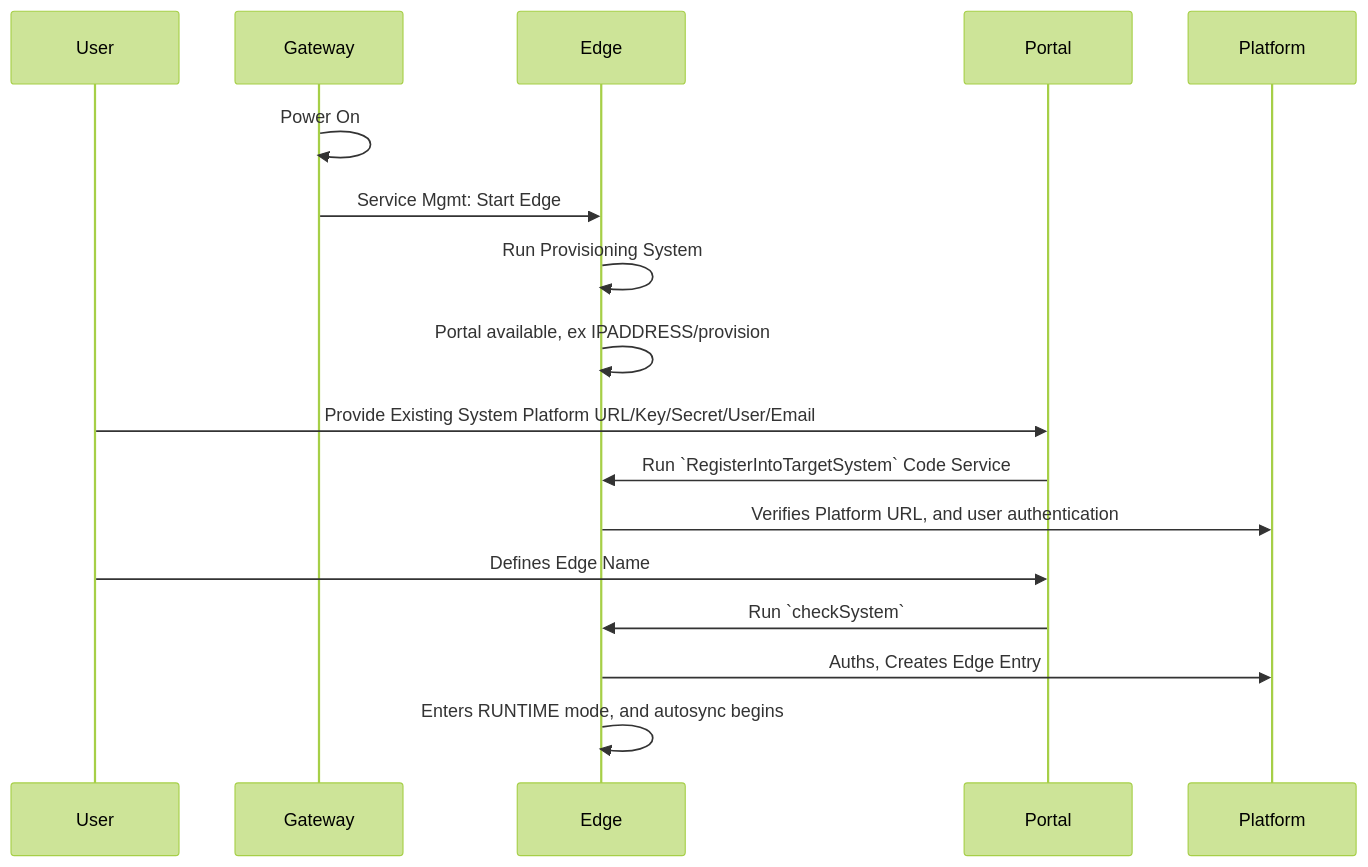
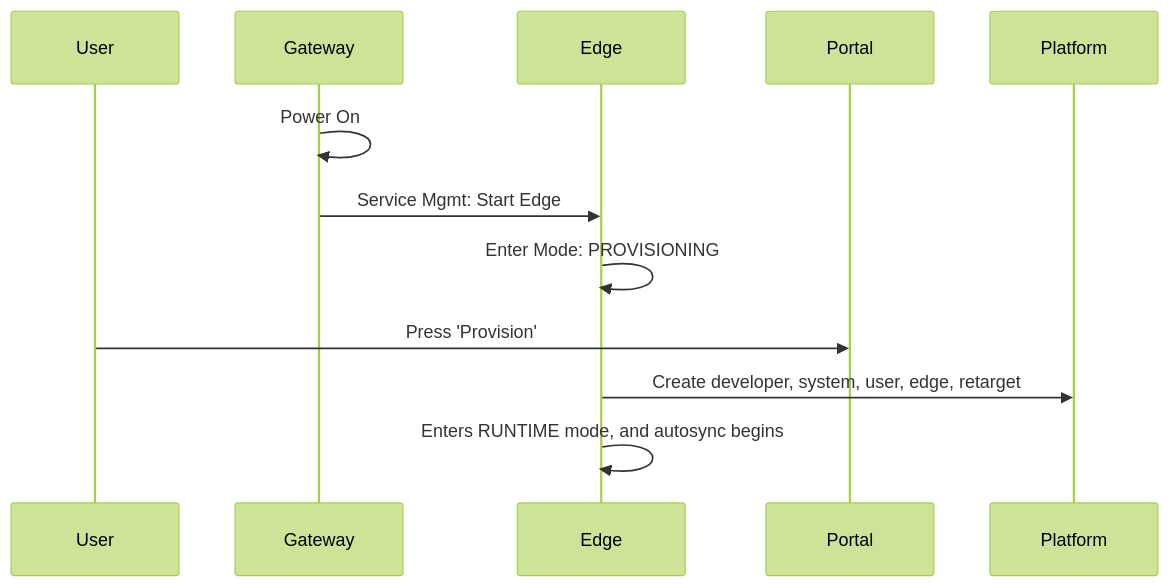
Before and after one commit to ClearBlade/hardware-reference-kit: the diagram in workflow.mmd, drawn with Mermaid (forest theme). The commit also changed 9 other files, not shown here.

```diff
--- a/workflow.mmd
+++ b/workflow.mmd
@@ -1,17 +1,12 @@
 sequenceDiagram
     participant User
     participant Gateway
     participant Edge
     participant Portal
     participant Platform
     Gateway->>Gateway: Power On
     Gateway->>Edge: Service Mgmt: Start Edge
-    Edge->>Edge: Run Provisioning System
-    Edge->>Edge: Portal available, ex IPADDRESS/provision
-    User->>Portal: Provide Existing System Platform URL/Key/Secret/User/Email
-    Portal->>Edge: Run `RegisterIntoTargetSystem` Code Service
-    Edge->>Platform: Verifies Platform URL, and user authentication
-    User->>Portal: Defines Edge Name
-    Portal->>Edge: Run `checkSystem` 
-    Edge->>Platform: Auths, Creates Edge Entry
+    Edge->>Edge: Enter Mode: PROVISIONING
+    User->>Portal: Press 'Provision'
+    Edge->>Platform: Create developer, system, user, edge, retarget
     Edge->>Edge: Enters RUNTIME mode, and autosync begins
```
